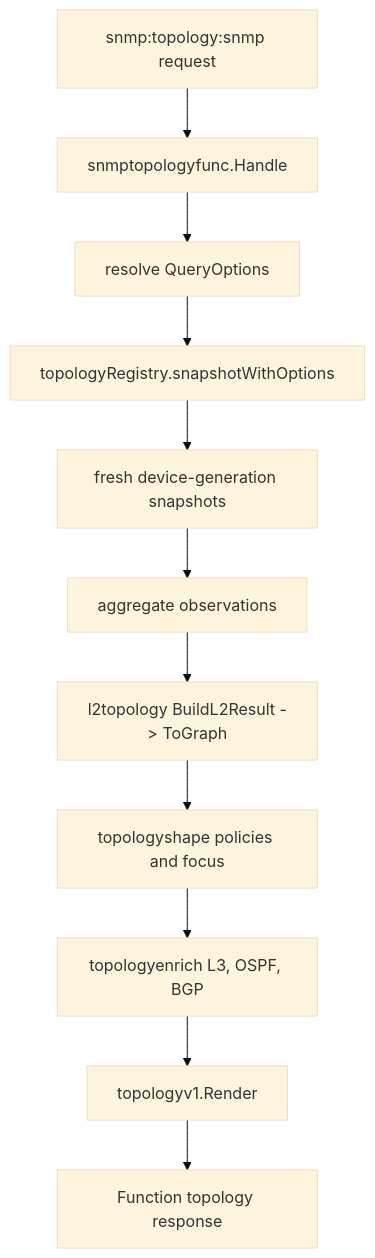
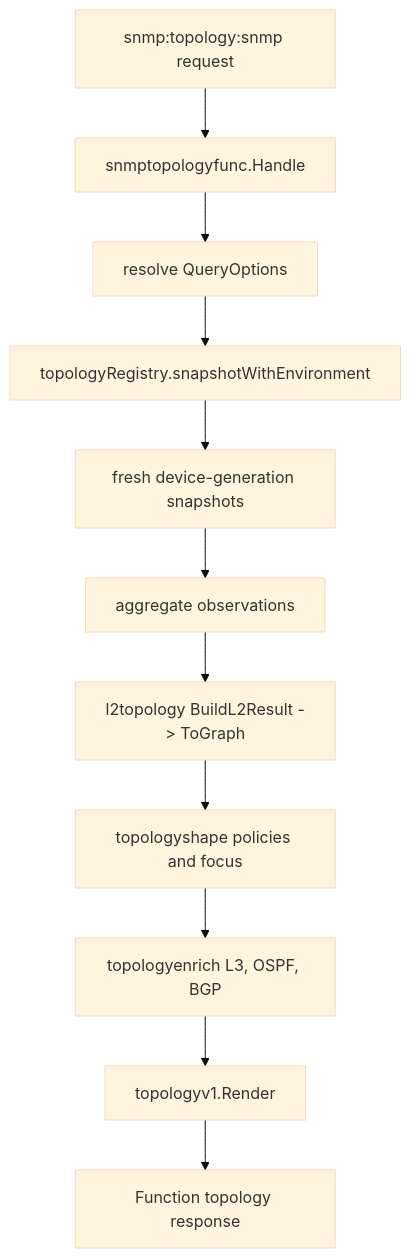
The third of 3 diagrams in src/go/plugin/go.d/collector/snmp_topology/ARCHITECTURE.md (netdata/netdata), drawn with Mermaid (base theme) before and after one commit. The commit also changed other lines of this file and 16 other files, not shown here.

Commit message:
feat(snmp): add hermetic topology graph replay

````diff
--- a/src/go/plugin/go.d/collector/snmp_topology/ARCHITECTURE.md
+++ b/src/go/plugin/go.d/collector/snmp_topology/ARCHITECTURE.md
@@ -558,17 +563,17 @@
 ```mermaid
 flowchart TD
     Request["snmp:topology:snmp request"]
     Handler["snmptopologyfunc.Handle"]
     Options["resolve QueryOptions"]
-    Registry["topologyRegistry.snapshotWithOptions"]
+    Registry["topologyRegistry.snapshotWithEnvironment"]
     Snapshot["fresh device-generation snapshots"]
     Aggregate["aggregate observations"]
     L2["l2topology BuildL2Result -> ToGraph"]
     Shape["topologyshape policies and focus"]
     Enrich["topologyenrich L3, OSPF, BGP"]
     Render["topologyv1.Render"]
     Response["Function topology response"]
 
     Request --> Handler --> Options --> Registry --> Snapshot --> Aggregate
     Aggregate --> L2 --> Shape --> Enrich --> Render --> Response
 ```
````
